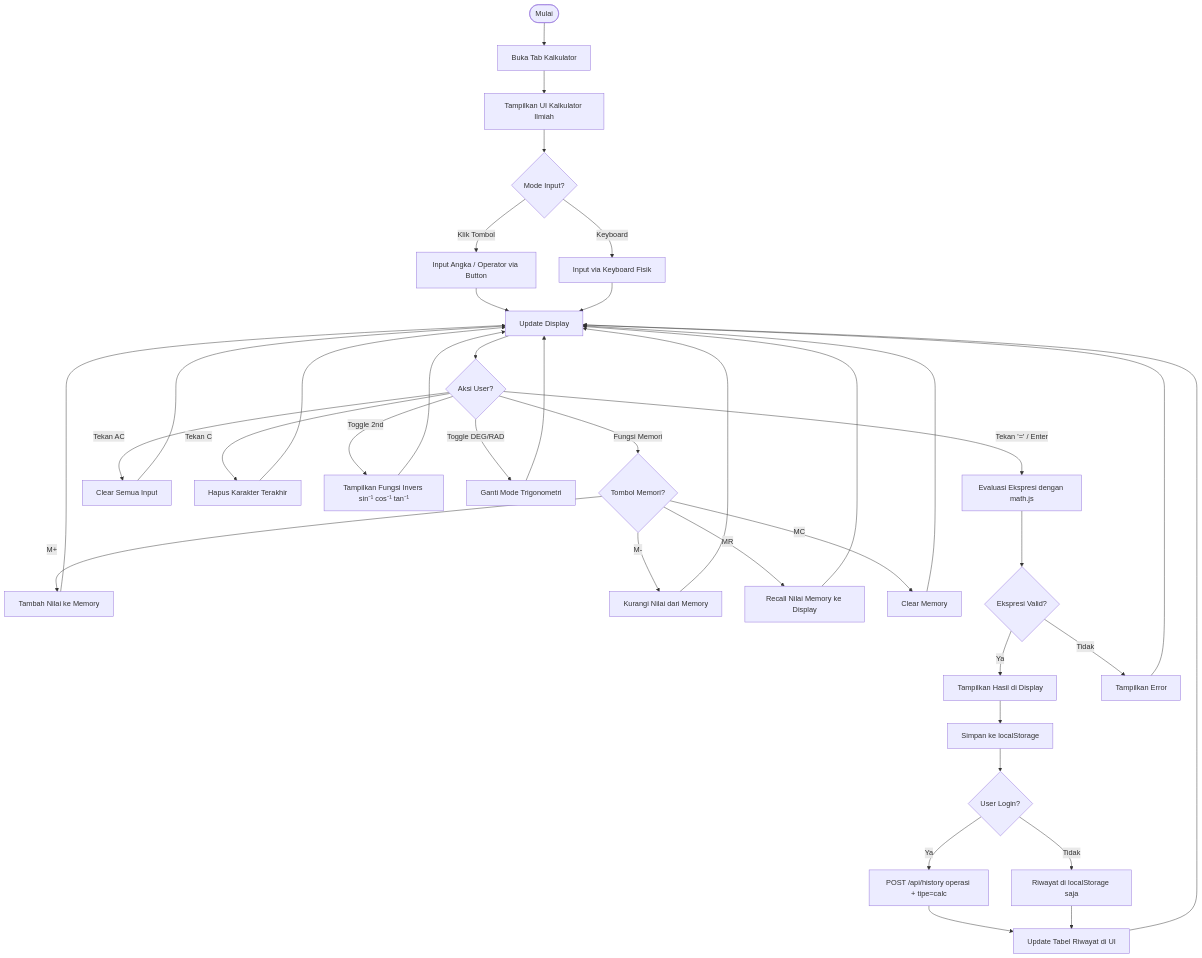
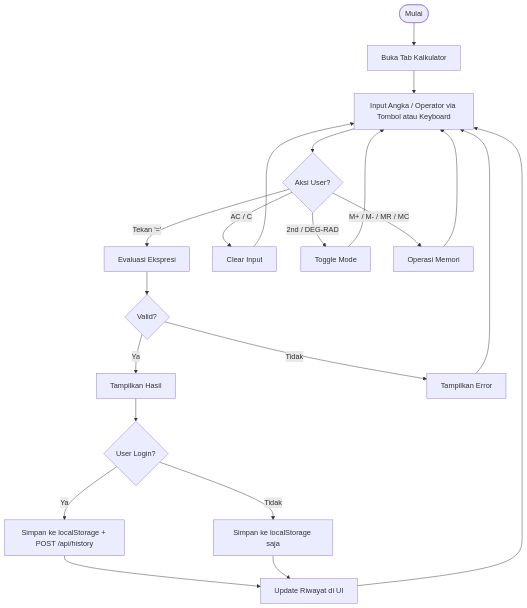
One commit to falcon-ioi/Caclcon changed the second of 15 diagrams in e-concalc-web/README.md. Above: the diagram before and after it, drawn with Mermaid. The commit also changed other lines of this file, not shown here.

Commit message:
docs: simplify activity diagrams - 6 concise diagrams retaining core flows

````diff
--- a/e-concalc-web/README.md
+++ b/e-concalc-web/README.md
@@ -137,46 +137,18 @@
 ```mermaid
 flowchart TD
     A([Mulai]) --> B[Buka Tab Kalkulator]
-    B --> C[Tampilkan UI Kalkulator Ilmiah]
-    C --> D{Mode Input?}
-
-    D -- Klik Tombol --> E[Input Angka / Operator via Button]
-    D -- Keyboard --> F[Input via Keyboard Fisik]
-    E --> G[Update Display]
-    F --> G
-
-    G --> H{Aksi User?}
-    H -- Tekan '=' / Enter --> I[Evaluasi Ekspresi dengan math.js]
-    H -- Tekan AC --> J[Clear Semua Input]
-    H -- Tekan C --> K[Hapus Karakter Terakhir]
-    H -- Toggle 2nd --> L[Tampilkan Fungsi Invers sin⁻¹ cos⁻¹ tan⁻¹]
-    H -- Toggle DEG/RAD --> M[Ganti Mode Trigonometri]
-    H -- Fungsi Memori --> N{Tombol Memori?}
-
-    N -- M+ --> N1[Tambah Nilai ke Memory]
-    N -- M- --> N2[Kurangi Nilai dari Memory]
-    N -- MR --> N3[Recall Nilai Memory ke Display]
-    N -- MC --> N4[Clear Memory]
-    N1 --> G
-    N2 --> G
-    N3 --> G
-    N4 --> G
-
-    J --> G
-    K --> G
-    L --> G
-    M --> G
-
-    I --> O{Ekspresi Valid?}
-    O -- Ya --> P[Tampilkan Hasil di Display]
-    O -- Tidak --> Q[Tampilkan Error]
-    Q --> G
-
-    P --> R[Simpan ke localStorage]
-    R --> S{User Login?}
-    S -- Ya --> T[POST /api/history operasi + tipe=calc]
-    S -- Tidak --> U[Riwayat di localStorage saja]
-    T --> V[Update Tabel Riwayat di UI]
-    U --> V
-    V --> G
+    B --> C[Input Angka / Operator via Tombol atau Keyboard]
+    C --> D{Aksi User?}
+    D -- Tekan '=' --> E[Evaluasi Ekspresi]
+    D -- AC / C --> F[Clear Input] --> C
+    D -- 2nd / DEG-RAD --> G[Toggle Mode] --> C
+    D -- M+ / M- / MR / MC --> H[Operasi Memori] --> C
+    E --> I{Valid?}
+    I -- Ya --> J[Tampilkan Hasil]
+    I -- Tidak --> K[Tampilkan Error] --> C
+    J --> L{User Login?}
+    L -- Ya --> M[Simpan ke localStorage + POST /api/history]
+    L -- Tidak --> N[Simpan ke localStorage saja]
+    M --> O[Update Riwayat di UI] --> C
+    N --> O
 ```
````
